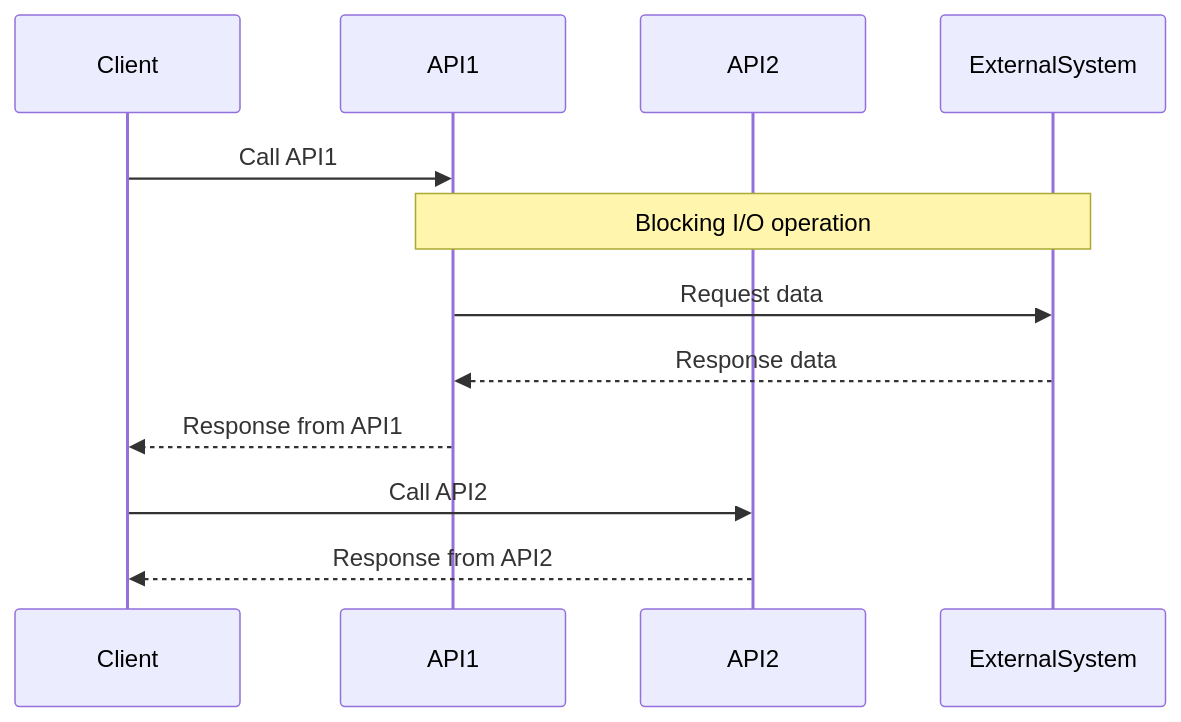
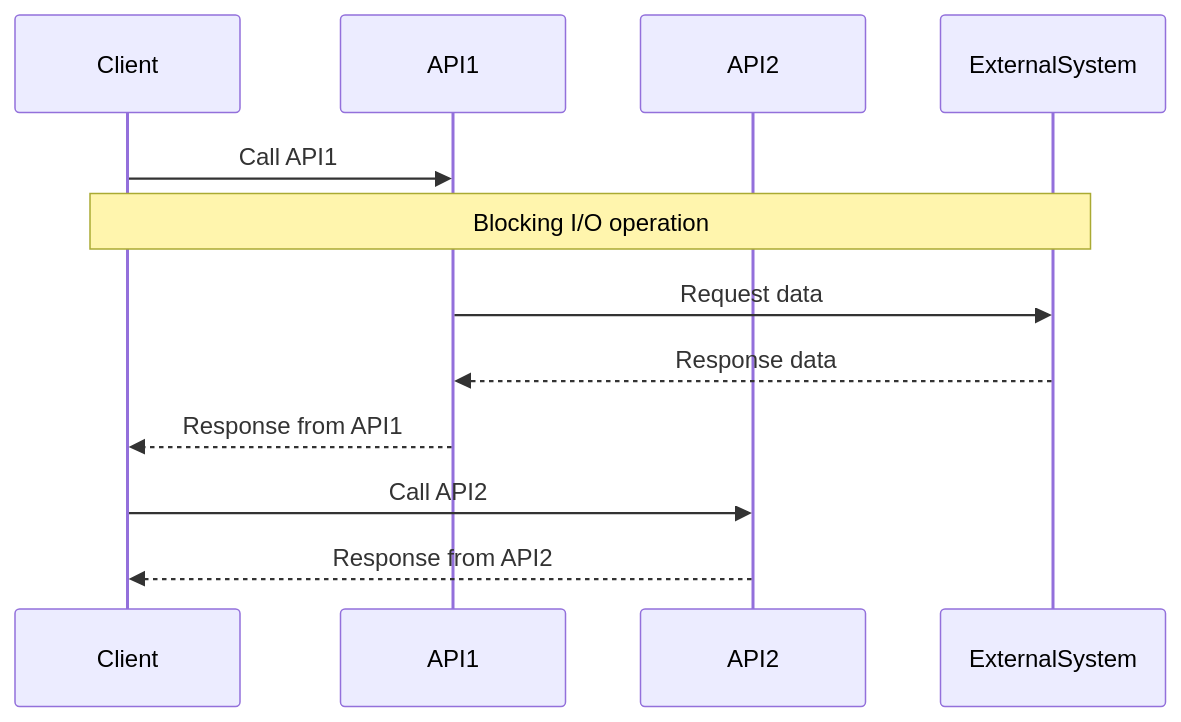
Before and after one commit to nitinkc/nitinkc.github.io: the first of 2 diagrams in _posts/Java/threads/2024-07-19-java21-virtualthreads.md, drawn with Mermaid.

````diff
--- a/_posts/Java/threads/2024-07-19-java21-virtualthreads.md
+++ b/_posts/Java/threads/2024-07-19-java21-virtualthreads.md
@@ -86,15 +86,15 @@
 ```mermaid!
 sequenceDiagram
   participant Client
   participant API1
   participant API2
   participant ExternalSystem
 
   Client ->> API1: Call API1
-  Note over API1, ExternalSystem: Blocking I/O operation
+  Note over Client, ExternalSystem: Blocking I/O operation
   API1 ->> ExternalSystem: Request data
   ExternalSystem -->> API1: Response data
   API1 -->> Client: Response from API1
   Client ->> API2: Call API2
   API2 -->> Client: Response from API2
 ```
````
